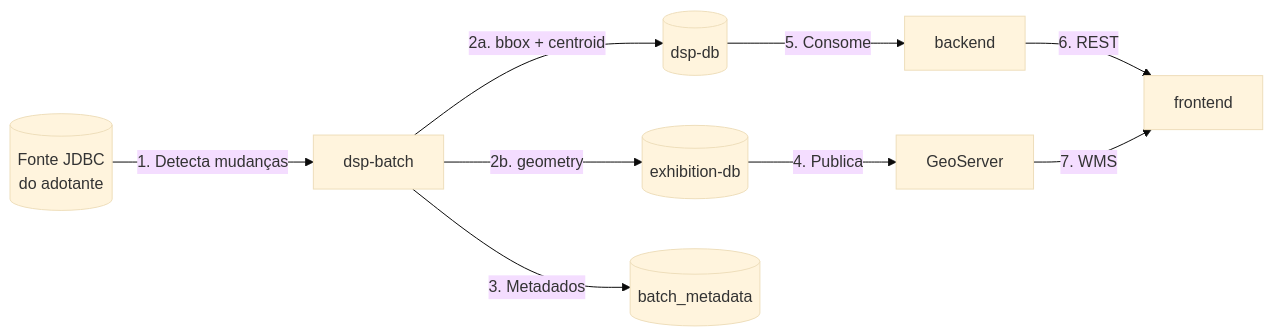
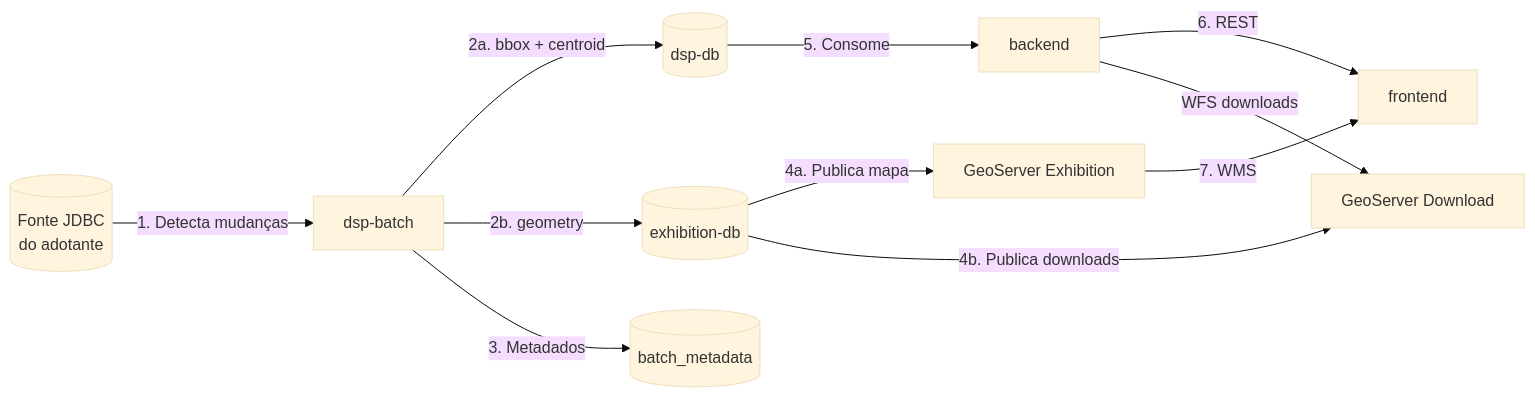
Before and after one commit to kleber-albino/rer-dsp-docs: the fourth of 4 diagrams in docs/architecture/overview.md, drawn with Mermaid (base theme). The commit also changed other lines of this file and 12 other files, not shown here.

First line of the commit message:
docs: update for dual GeoServer setup (Exhibition & Download)

````diff
--- a/docs/architecture/overview.md
+++ b/docs/architecture/overview.md
@@ -145,11 +149,13 @@
 ```mermaid
 flowchart LR
   A[(Fonte JDBC<br/>do adotante)] -->|1. Detecta mudanças| B[dsp-batch]
   B -->|2a. bbox + centroid| C[(dsp-db)]
   B -->|2b. geometry| E[(exhibition-db)]
   B -->|3. Metadados| D[(batch_metadata)]
-  E -->|4. Publica| G[GeoServer]
+  E -->|4a. Publica mapa| GEx[GeoServer Exhibition]
+  E -->|4b. Publica downloads| GDl[GeoServer Download]
   C -->|5. Consome| F[backend]
   F -->|6. REST| H[frontend]
-  G -->|7. WMS| H
+  F -->|WFS downloads| GDl
+  GEx -->|7. WMS| H
 ```
````
